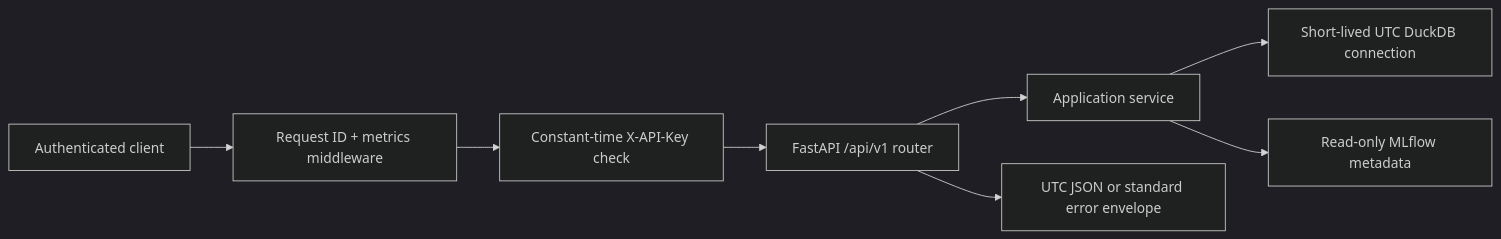
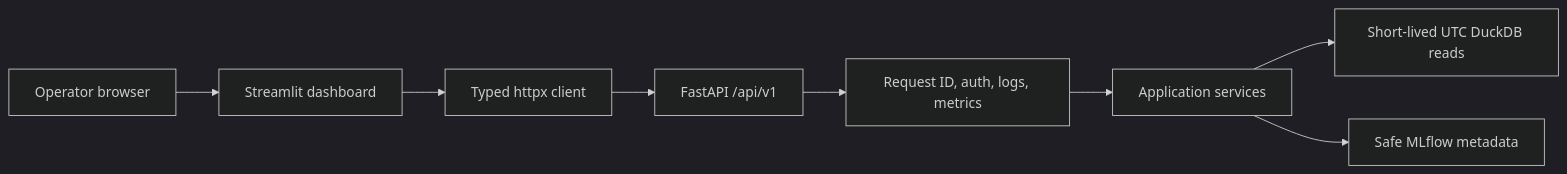
Before and after one commit to Lakshraj99/GridMind: the fifth of 6 diagrams in README.md, drawn with Mermaid (dark theme). The commit also changed other lines of this file and 511 other files, not shown here.

````diff
--- a/README.md
+++ b/README.md
@@ -625,10 +98,10 @@
 ```mermaid
 flowchart LR
-    Caller["Authenticated client"] --> RequestID["Request ID + metrics middleware"]
-    RequestID --> Auth["Constant-time X-API-Key check"]
-    Auth --> Router["FastAPI /api/v1 router"]
-    Router --> Service["Application service"]
-    Service --> DuckDB["Short-lived UTC DuckDB connection"]
-    Service --> MLflow["Read-only MLflow metadata"]
-    Router --> Envelope["UTC JSON or standard error envelope"]
+    Browser[Operator browser] --> Dashboard[Streamlit dashboard]
+    Dashboard --> Client[Typed httpx client]
+    Client --> API[FastAPI /api/v1]
+    API --> Guard[Request ID, auth, logs, metrics]
+    Guard --> Services[Application services]
+    Services --> DuckDB[Short-lived UTC DuckDB reads]
+    Services --> Registry[Safe MLflow metadata]
 ```
````
